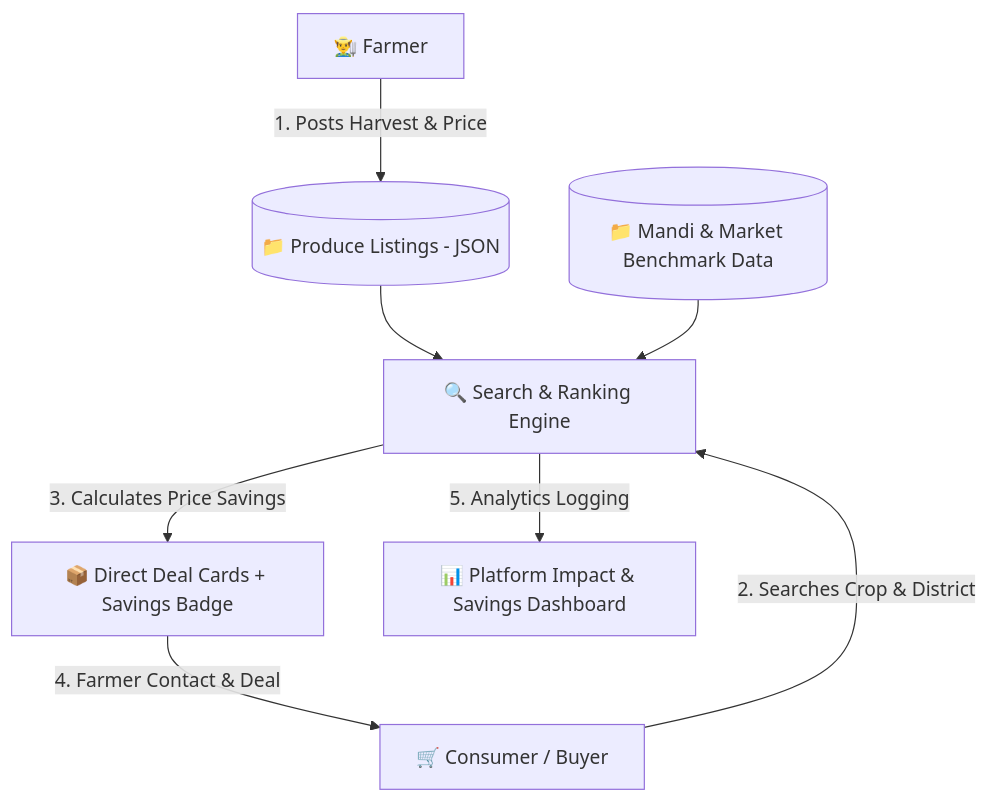
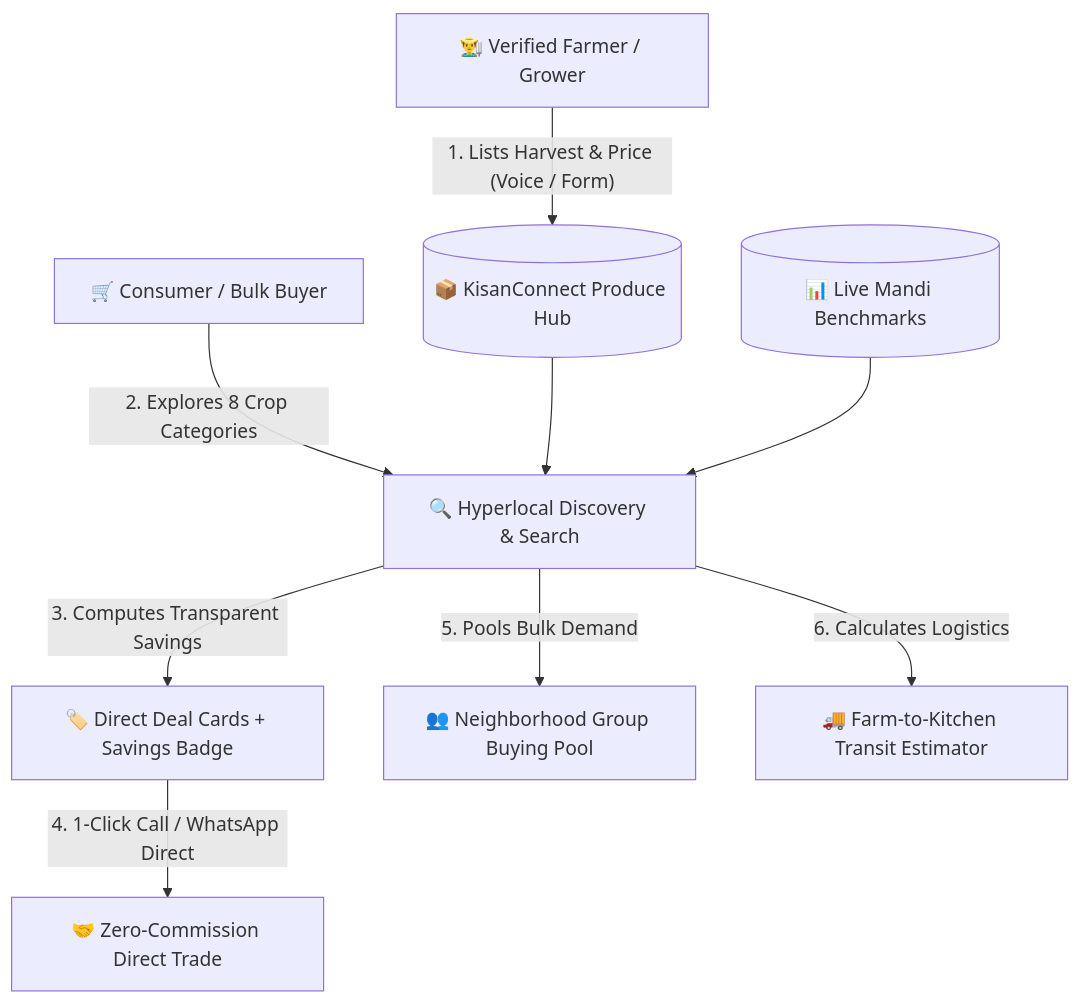
The diagram in README.md (Shaikshadik03/KisanConnect), drawn with Mermaid before and after one commit. The commit also changed other lines of this file and 6 other files, not shown here.

Commit message:
feat: add 6-language switcher, Kisan Mitra voice AI assistant, clean high-res assets, and interactive README

````diff
--- a/README.md
+++ b/README.md
@@ -22,10 +28,11 @@
 ```mermaid
 flowchart TD
-    A["👨‍🌾 Farmer"] -->|"1. Posts Harvest & Price"| B[("📁 Produce Listings - JSON")]
-    C["🛒 Consumer / Buyer"] -->|"2. Searches Crop & District"| D["🔍 Search & Ranking Engine"]
+    A["👨‍🌾 Verified Farmer / Grower"] -->|"1. Lists Harvest & Price (Voice / Form)"| B[("📦 KisanConnect Produce Hub")]
+    C["🛒 Consumer / Bulk Buyer"] -->|"2. Explores 8 Crop Categories"| D["🔍 Hyperlocal Discovery & Search"]
     B --> D
-    E[("📁 Mandi & Market Benchmark Data")] --> D
-    D -->|"3. Calculates Price Savings"| F["📦 Direct Deal Cards + Savings Badge"]
-    F -->|"4. Farmer Contact & Deal"| C
-    D -->|"5. Analytics Logging"| G["📊 Platform Impact & Savings Dashboard"]
+    E[("📊 Live Mandi Benchmarks")] --> D
+    D -->|"3. Computes Transparent Savings"| F["🏷️ Direct Deal Cards + Savings Badge"]
+    F -->|"4. 1-Click Call / WhatsApp Direct"| G["🤝 Zero-Commission Direct Trade"]
+    D -->|"5. Pools Bulk Demand"| H["👥 Neighborhood Group Buying Pool"]
+    D -->|"6. Calculates Logistics"| I["🚚 Farm-to-Kitchen Transit Estimator"]
 ```
````
